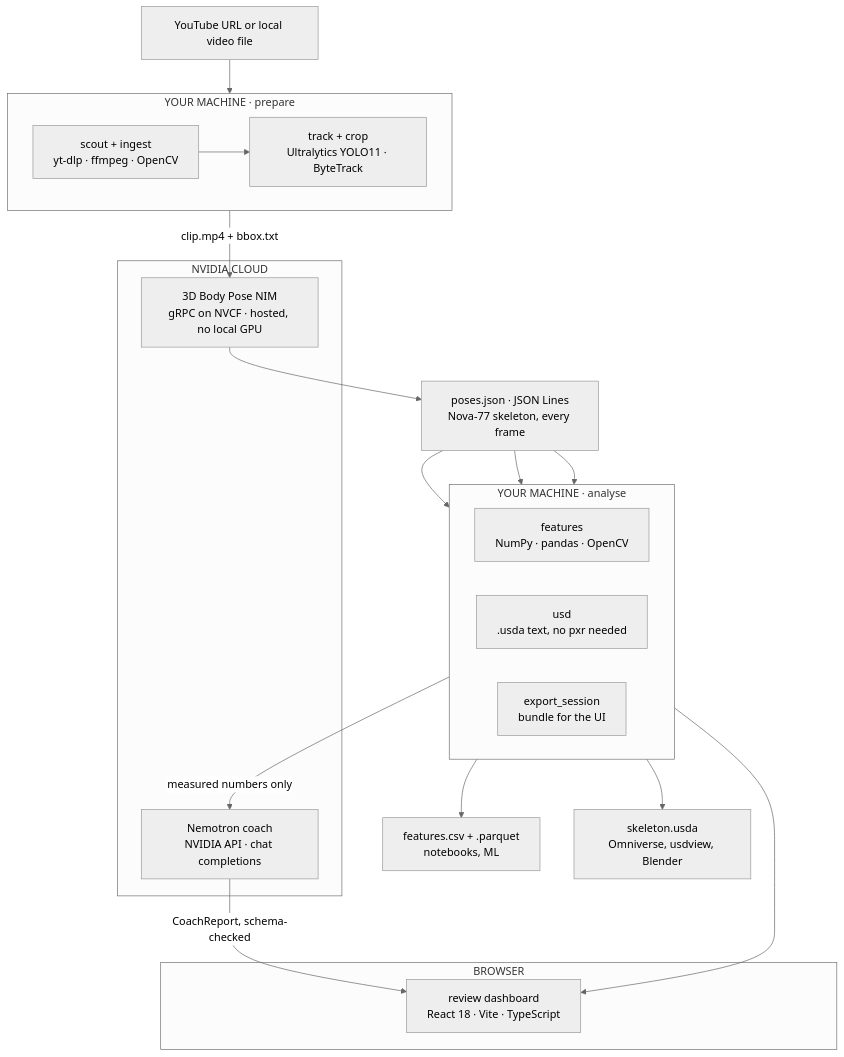
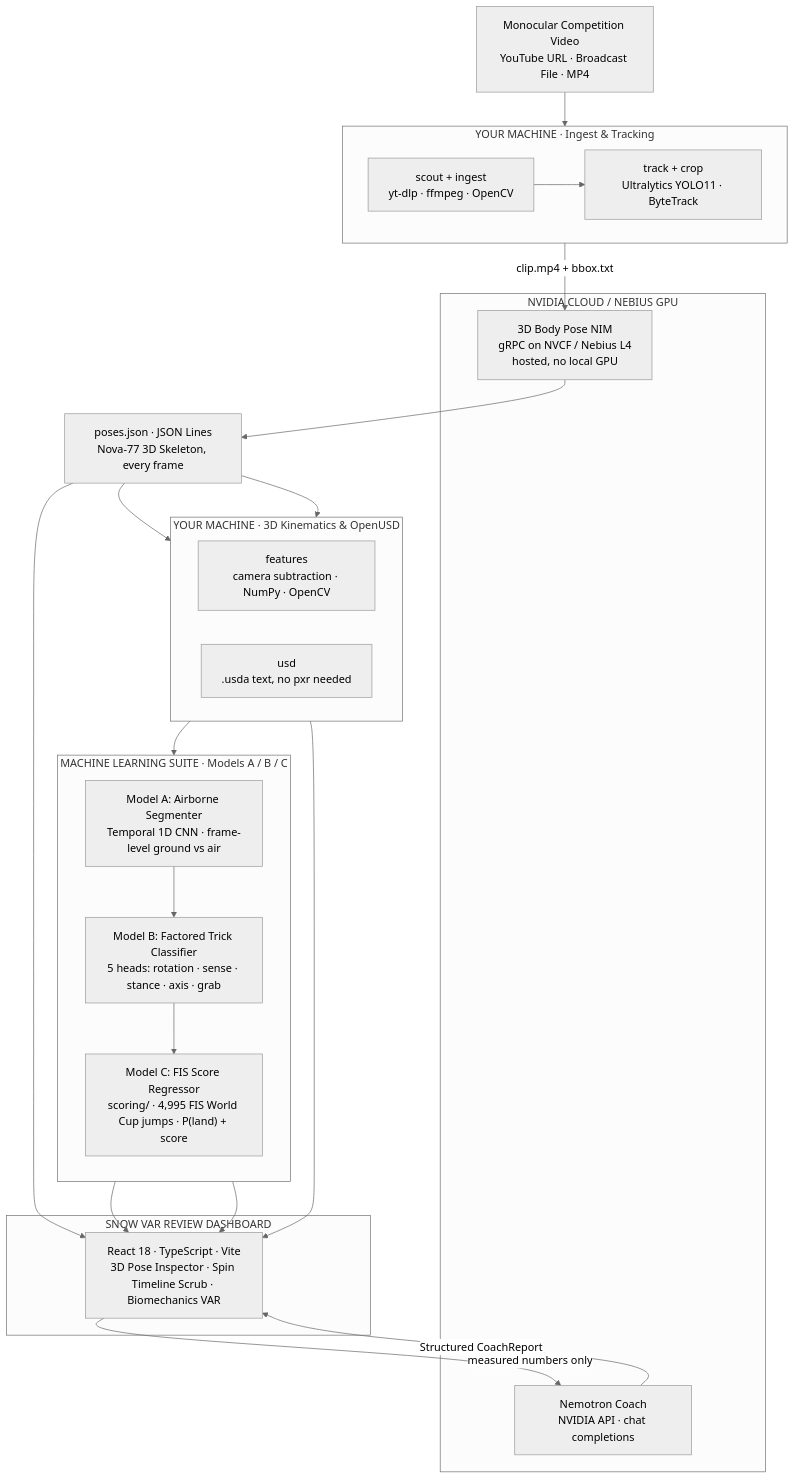
Before and after one commit to chostudio/snow: the second of 2 diagrams in README.md, drawn with Mermaid (neutral theme). The commit also changed other lines of this file and 17 other files, not shown here.

Commit message:
docs(readme): update README with 34s walkthrough video, 77-joint skeleton showcase, and factored AI models

````diff
--- a/README.md
+++ b/README.md
@@ -46,41 +90,49 @@
 ```mermaid
 flowchart TB
-    SRC["YouTube URL or local video file"]
+    SRC["Monocular Competition Video<br/>YouTube URL · Broadcast File · MP4"]
 
-    subgraph PREP["YOUR MACHINE · prepare"]
+    subgraph PREP["YOUR MACHINE · Ingest & Tracking"]
         direction LR
         A["scout + ingest<br/>yt-dlp · ffmpeg · OpenCV"]
         B["track + crop<br/>Ultralytics YOLO11 · ByteTrack"]
         A --> B
     end
 
-    subgraph CLOUD["NVIDIA CLOUD"]
-        NIM["3D Body Pose NIM<br/>gRPC on NVCF · hosted, no local GPU"]
-        NEMO["Nemotron coach<br/>NVIDIA API · chat completions"]
+    subgraph CLOUD["NVIDIA CLOUD / NEBIUS GPU"]
+        NIM["3D Body Pose NIM<br/>gRPC on NVCF / Nebius L4<br/>hosted, no local GPU"]
+        NEMO["Nemotron Coach<br/>NVIDIA API · chat completions"]
     end
 
-    POSES["poses.json · JSON Lines<br/>Nova-77 skeleton, every frame"]
+    POSES["poses.json · JSON Lines<br/>Nova-77 3D Skeleton, every frame"]
 
-    subgraph ANALYSE["YOUR MACHINE · analyse"]
+    subgraph KINEMATICS["YOUR MACHINE · 3D Kinematics & OpenUSD"]
         direction LR
-        C["features<br/>NumPy · pandas · OpenCV"]
+        C["features<br/>camera subtraction · NumPy · OpenCV"]
         D["usd<br/>.usda text, no pxr needed"]
-        E["export_session<br/>bundle for the UI"]
     end
 
-    CSV["features.csv + .parquet<br/>notebooks, ML"]
-    USDA["skeleton.usda<br/>Omniverse, usdview, Blender"]
+    subgraph LEARN["MACHINE LEARNING SUITE · Models A / B / C"]
+        direction TB
+        MA["Model A: Airborne Segmenter<br/>Temporal 1D CNN · frame-level ground vs air"]
+        MB["Model B: Factored Trick Classifier<br/>5 heads: rotation · sense · stance · axis · grab"]
+        MC["Model C: FIS Score Regressor<br/>scoring/ · 4,995 FIS World Cup jumps · P(land) + score"]
+    end
 
-    subgraph BROWSER["BROWSER"]
-        W["review dashboard<br/>React 18 · Vite · TypeScript"]
+    subgraph BROWSER["SNOW VAR REVIEW DASHBOARD"]
+        W["React 18 · TypeScript · Vite<br/>3D Pose Inspector · Spin Timeline Scrub · Biomechanics VAR"]
     end
 
     SRC --> A
     B -- "clip.mp4 + bbox.txt" --> NIM
     NIM --> POSES
-    POSES --> C --> CSV
-    POSES --> D --> USDA
-    POSES --> E --> W
-    E -- "measured numbers only" --> NEMO
-    NEMO -- "CoachReport, schema-checked" --> W
+    POSES --> C
+    POSES --> D
+    C --> MA --> MB
+    MB --> MC
+    POSES --> W
+    C --> W
+    MB --> W
+    MC --> W
+    W -- "measured numbers only" --> NEMO
+    NEMO -- "Structured CoachReport" --> W
 ```
````
